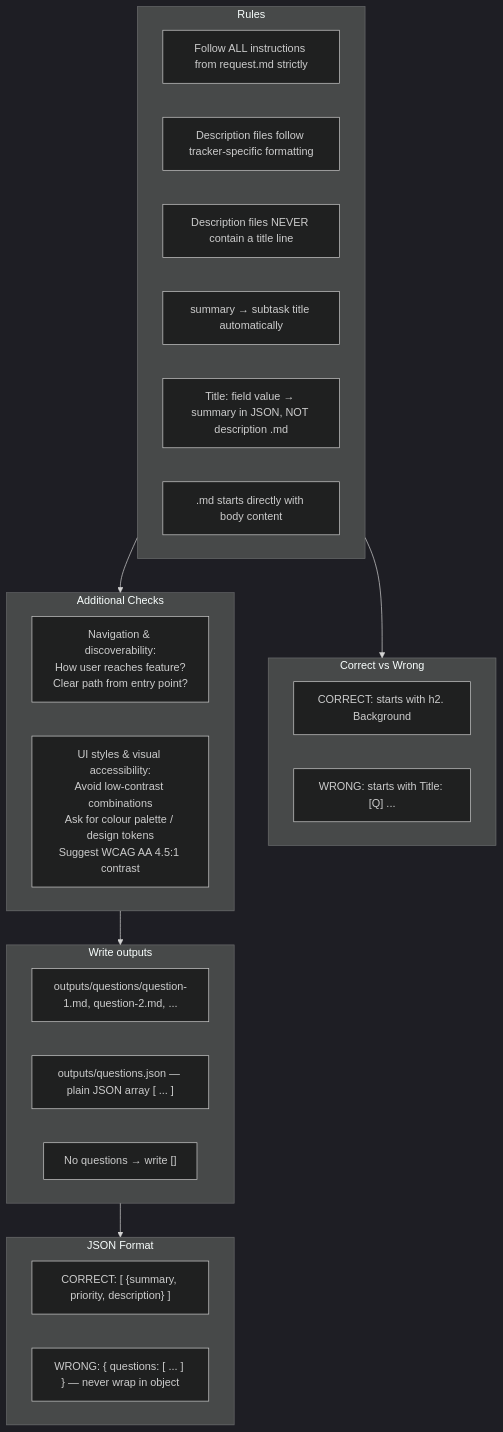
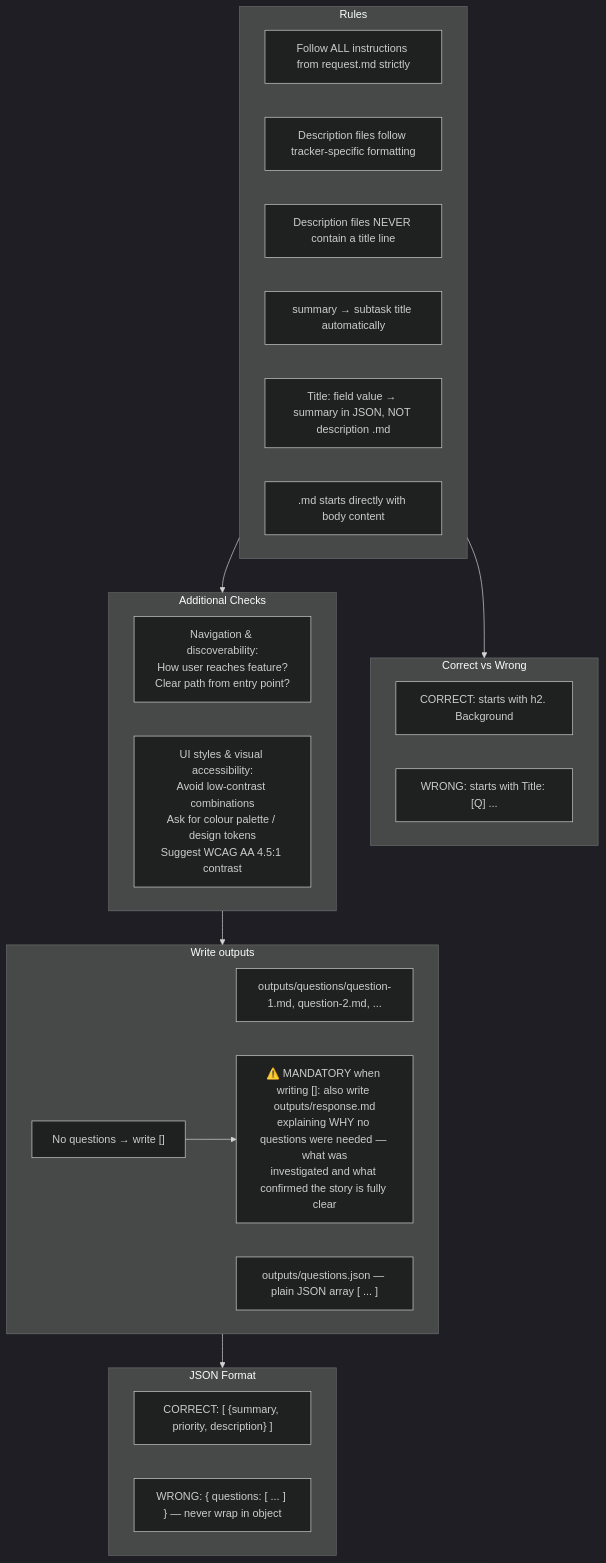
Before and after one commit to IstiN/dmtools-agents: the diagram in prompts/questions_prompt.md, drawn with Mermaid (dark theme). The commit also changed 5 other files, not shown here.

````diff
--- a/prompts/questions_prompt.md
+++ b/prompts/questions_prompt.md
@@ -1,37 +1,38 @@
 ```mermaid
 flowchart TD
     subgraph RULES["Rules"]
         R1["Follow ALL instructions from request.md strictly"]
         R2["Description files follow tracker-specific formatting"]
         R3["Description files NEVER contain a title line"]
         R4["summary → subtask title automatically"]
         R5["Title: field value → summary in JSON, NOT description .md"]
         R6[".md starts directly with body content"]
     end
 
     subgraph EXAMPLES["Correct vs Wrong"]
         E1["CORRECT: starts with h2. Background"]
         E2["WRONG: starts with Title: [Q] ..."]
     end
 
     subgraph CHECKS["Additional Checks"]
         C1["Navigation & discoverability:<br/>How user reaches feature?<br/>Clear path from entry point?"]
         C2["UI styles & visual accessibility:<br/>Avoid low-contrast combinations<br/>Ask for colour palette / design tokens<br/>Suggest WCAG AA 4.5:1 contrast"]
     end
 
     subgraph OUTPUT["Write outputs"]
         O1["outputs/questions/question-1.md, question-2.md, ..."]
         O2["outputs/questions.json — plain JSON array [ ... ]"]
         O3["No questions → write []"]
+        O3 --> O4["⚠️ MANDATORY when writing []: also write outputs/response.md<br/>explaining WHY no questions were needed — what was<br/>investigated and what confirmed the story is fully clear"]
     end
 
     subgraph FORMAT["JSON Format"]
         F1["CORRECT: [ {summary, priority, description} ]"]
         F2["WRONG: { questions: [ ... ] } — never wrap in object"]
     end
 
     RULES --> EXAMPLES
     RULES --> CHECKS
     CHECKS --> OUTPUT
     OUTPUT --> FORMAT
 ```
````
